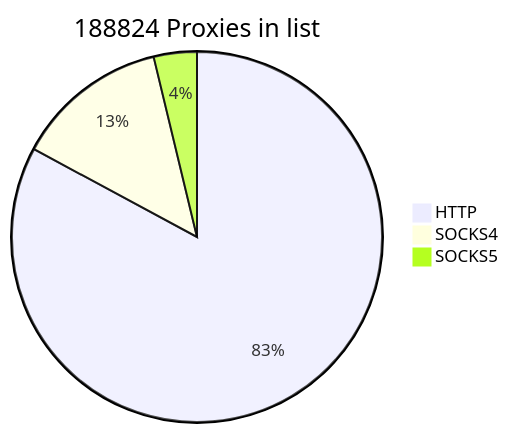
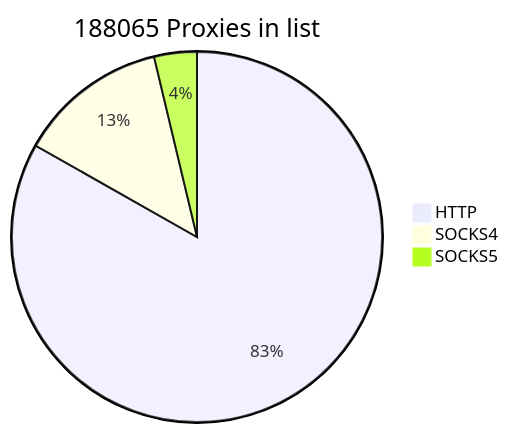
One commit to cutipu/proxylist changed the first of 2 diagrams in README.md. Above: the diagram before and after it, drawn with Mermaid. The commit also changed other lines of this file, not shown here.

````diff
--- a/README.md
+++ b/README.md
@@ -2,7 +2,7 @@
 ```mermaid
-pie title 188824 Proxies in list
+pie title 188065 Proxies in list
     "HTTP" : 156475
-    "SOCKS4" : 25251
-    "SOCKS5" : 7098
+    "SOCKS4" : 24580
+    "SOCKS5" : 7010
             
 ```
````
